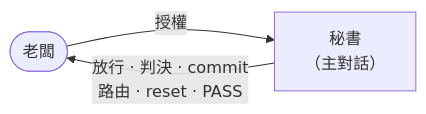
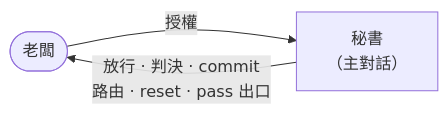
Before and after one commit to teps3105/shiftblame: the fifth of 8 diagrams in skills/shiftblame/SKILL.md, drawn with Mermaid. The commit also changed other lines of this file and 24 other files, not shown here.

````diff
--- a/skills/shiftblame/SKILL.md
+++ b/skills/shiftblame/SKILL.md
@@ -307,5 +316,5 @@
 ```mermaid
 flowchart LR
     Boss(["老闆"]) -->|授權| SEC["秘書<br/>（主對話）"]
-    SEC -->|放行 · 判決 · commit<br/>路由 · reset · PASS| Boss
+    SEC -->|放行 · 判決 · commit<br/>路由 · reset · pass 出口| Boss
 ```
````
